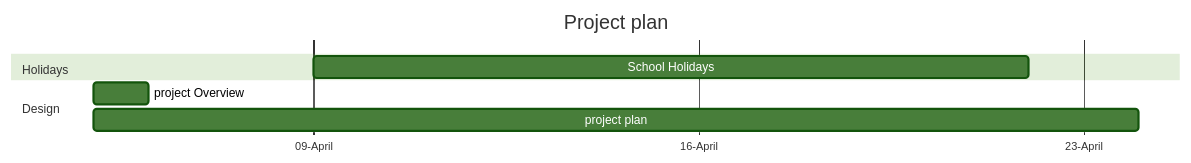
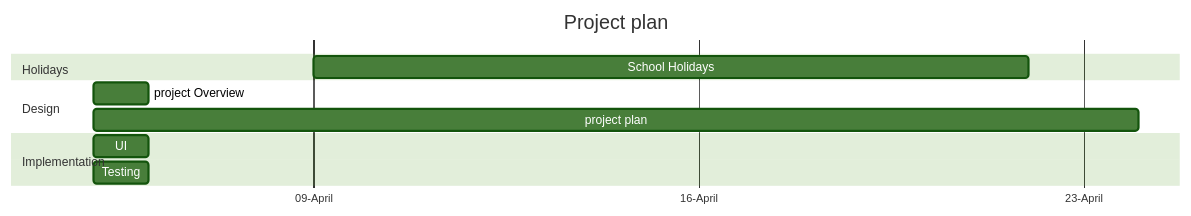
One commit to Carterpearce/SDF-Space-Invaders changed the diagram in Design.md. Above: the diagram before and after it, drawn with Mermaid (forest theme). The commit also changed other lines of this file, not shown here.

Commit message:
Updated plan

````diff
--- a/Design.md
+++ b/Design.md
@@ -38,15 +39,21 @@
 ```mermaid  
 gantt
     title Project plan
     dateFormat DD-MM-YY
     axisFormat %d-%B
     tickInterval 1week
     
     section Holidays
     School Holidays: 09-04-23, 22-04-23
 
     section Design
     project Overview:05-04-23, 1d
     project plan: 05-04-23, 24-04-23
 
+    section Implementation 
+    UI: 05-04-23, 1d
+
+    Testing: 05-04-23, 1d
+
+
 ```
````
